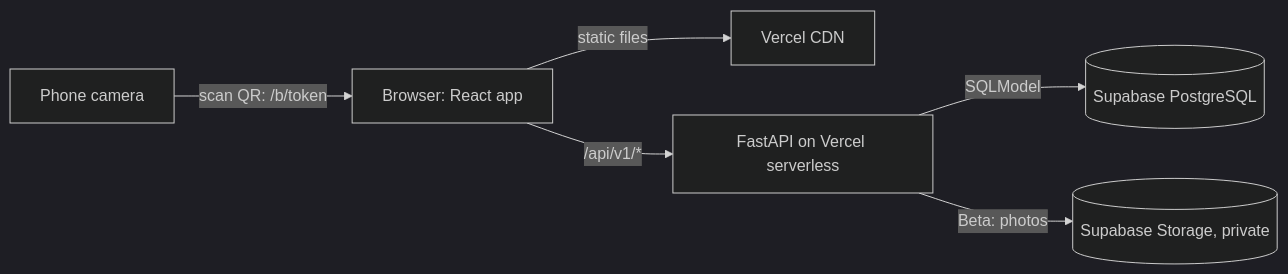
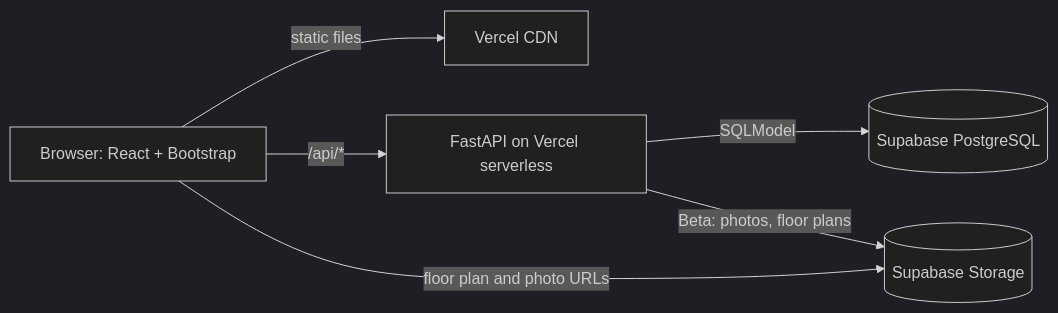
Before and after one commit to zarints05/2311933-S5-BoxBrain: the first of 6 diagrams in docs/03-tdd.md, drawn with Mermaid (dark theme). The commit also changed other lines of this file and 38 other files, not shown here.

````diff
--- a/docs/03-tdd.md
+++ b/docs/03-tdd.md
@@ -87,8 +37,8 @@
 ```mermaid
 flowchart LR
-    P["Phone camera"] -->|"scan QR: /b/token"| B["Browser: React app"]
-    B -->|"static files"| V["Vercel CDN"]
-    B -->|"/api/v1/*"| F["FastAPI on Vercel serverless"]
+    B["Browser: React + Bootstrap"] -->|"static files"| V["Vercel CDN"]
+    B -->|"/api/*"| F["FastAPI on Vercel serverless"]
     F -->|"SQLModel"| DB[("Supabase PostgreSQL")]
-    F -->|"Beta: photos"| S[("Supabase Storage, private")]
+    F -->|"Beta: photos, floor plans"| S[("Supabase Storage")]
+    B -->|"floor plan and photo URLs"| S
 ```
````
